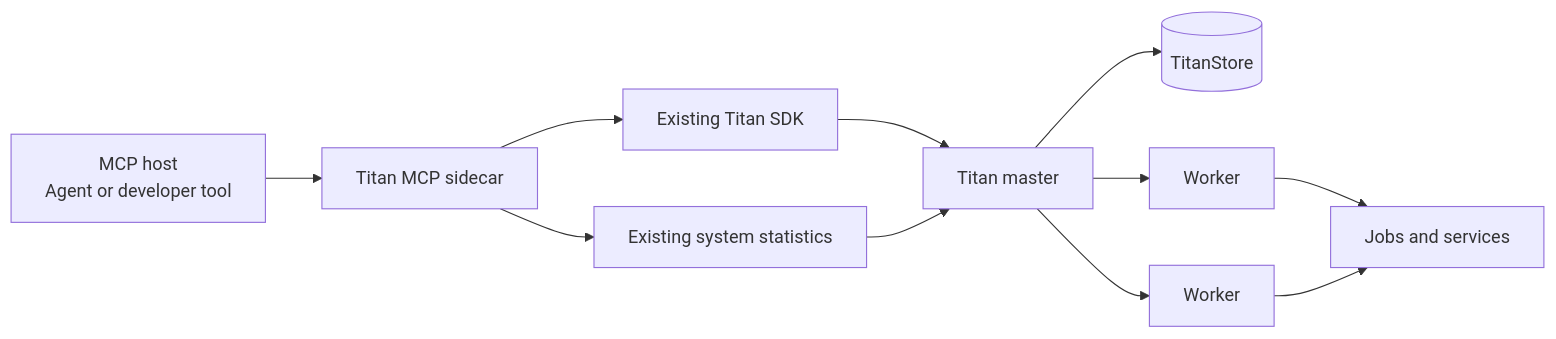
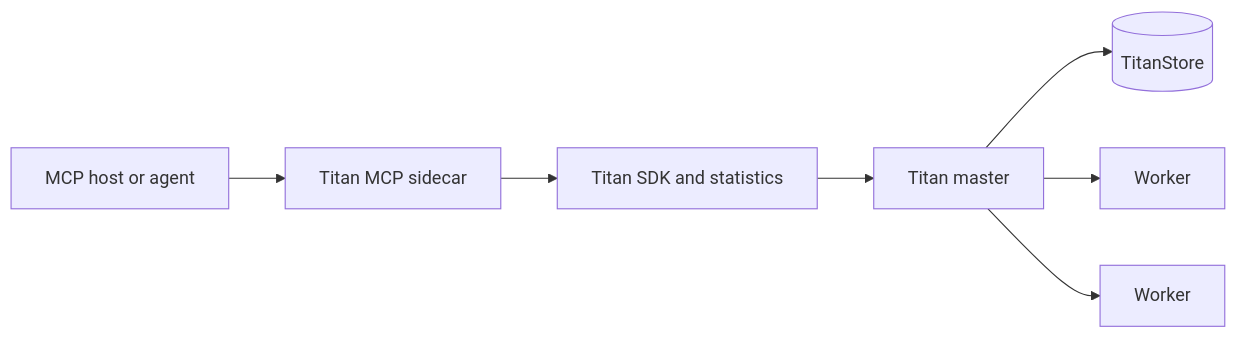
One commit to ramn51/titan-orchestrator changed the first of 3 diagrams in titan-docs/docs/integrations/mcp.md. Above: the diagram before and after it, drawn with Mermaid. The commit also changed other lines of this file, not shown here.

Commit message:
Condense Titan MCP guide

````diff
--- a/titan-docs/docs/integrations/mcp.md
+++ b/titan-docs/docs/integrations/mcp.md
@@ -25,13 +12,9 @@
 ```mermaid
 flowchart LR
-    Host["MCP host<br/>Agent or developer tool"] --> Sidecar["Titan MCP sidecar"]
-    Sidecar --> SDK["Existing Titan SDK"]
-    Sidecar --> Stats["Existing system statistics"]
+    Host["MCP host or agent"] --> Sidecar["Titan MCP sidecar"]
+    Sidecar --> SDK["Titan SDK and statistics"]
     SDK --> Master["Titan master"]
-    Stats --> Master
     Master --> Store[(TitanStore)]
     Master --> W1[Worker]
     Master --> W2[Worker]
-    W1 --> Jobs[Jobs and services]
-    W2 --> Jobs
 ```
````
